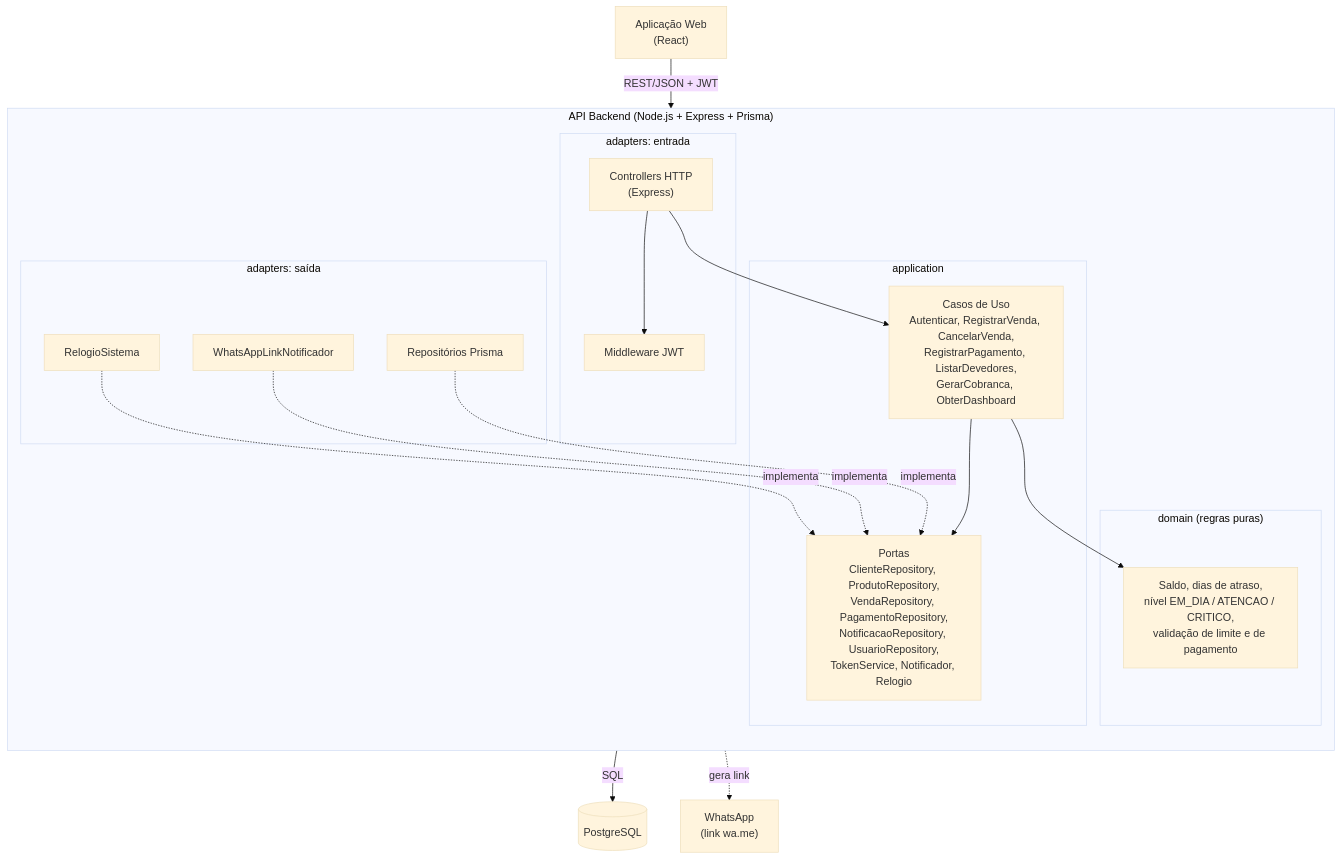
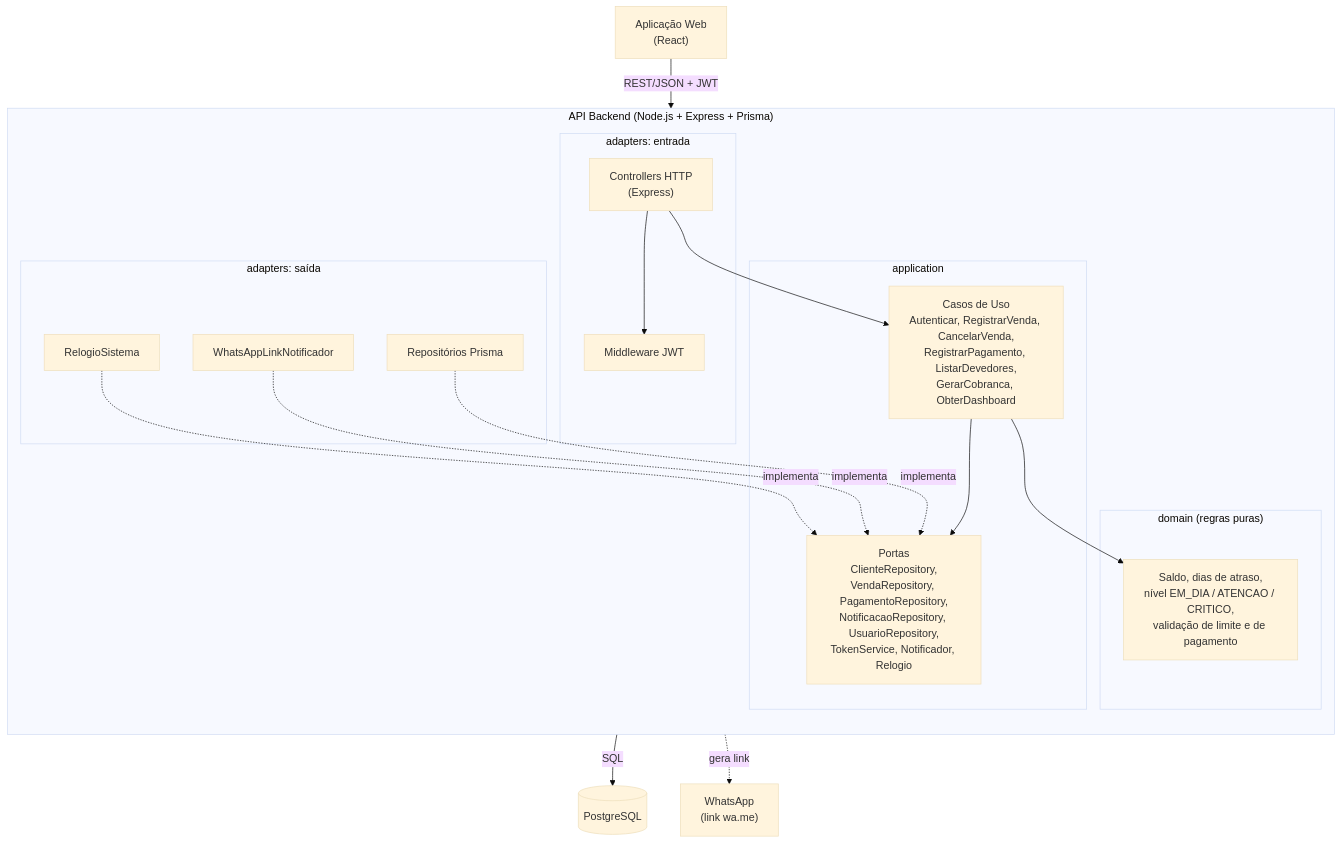
Before and after one commit to matheuszpher/cobrei: the third of 5 diagrams in docs/c4/diagramas.md, drawn with Mermaid (base theme). The commit also changed other lines of this file and 7 other files, not shown here.

````diff
--- a/docs/c4/diagramas.md
+++ b/docs/c4/diagramas.md
@@ -46,41 +46,41 @@
 ```mermaid
 flowchart TB
     web["Aplicação Web<br/>(React)"]
     db[("PostgreSQL")]
     wa["WhatsApp<br/>(link wa.me)"]
 
     subgraph api["API Backend (Node.js + Express + Prisma)"]
         direction TB
 
         subgraph entrada["adapters: entrada"]
             ctrl["Controllers HTTP<br/>(Express)"]
             jwt["Middleware JWT"]
         end
 
         subgraph app["application"]
             uc["Casos de Uso<br/>Autenticar, RegistrarVenda, CancelarVenda,<br/>RegistrarPagamento, ListarDevedores,<br/>GerarCobranca, ObterDashboard"]
-            portas["Portas<br/>ClienteRepository, ProdutoRepository,<br/>VendaRepository, PagamentoRepository,<br/>NotificacaoRepository, UsuarioRepository,<br/>TokenService, Notificador, Relogio"]
+            portas["Portas<br/>ClienteRepository,<br/>VendaRepository, PagamentoRepository,<br/>NotificacaoRepository, UsuarioRepository,<br/>TokenService, Notificador, Relogio"]
         end
 
         subgraph dom["domain (regras puras)"]
             dominio["Saldo, dias de atraso,<br/>nível EM_DIA / ATENCAO / CRITICO,<br/>validação de limite e de pagamento"]
         end
 
         subgraph saida["adapters: saída"]
             repo["Repositórios Prisma"]
             notif["WhatsAppLinkNotificador"]
             rel["RelogioSistema"]
         end
     end
 
     web -->|"REST/JSON + JWT"| ctrl
     ctrl --> jwt
     ctrl --> uc
     uc --> dominio
     uc --> portas
     repo -. implementa .-> portas
     notif -. implementa .-> portas
     rel -. implementa .-> portas
     repo -->|SQL| db
     notif -.->|"gera link"| wa
 ```
````
